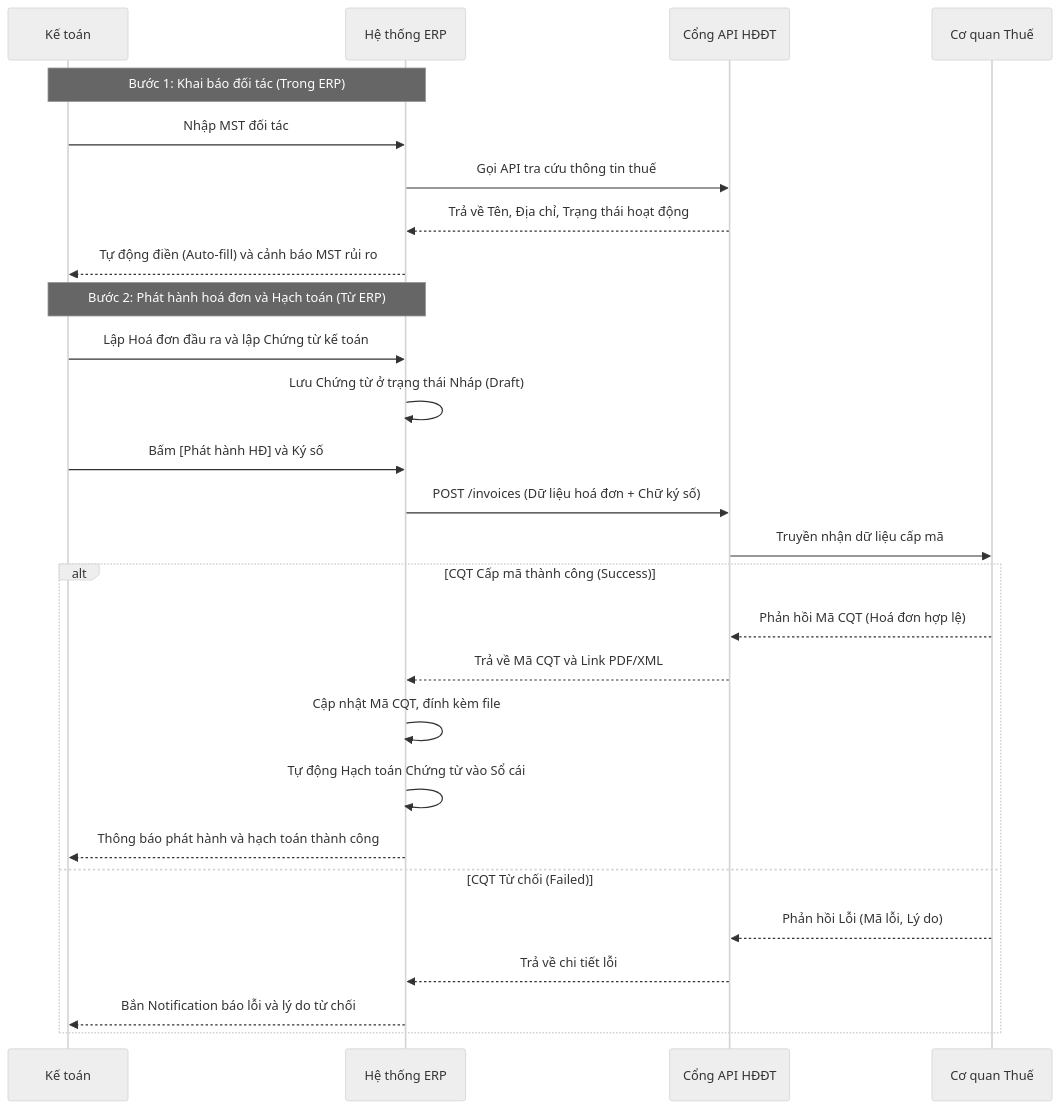
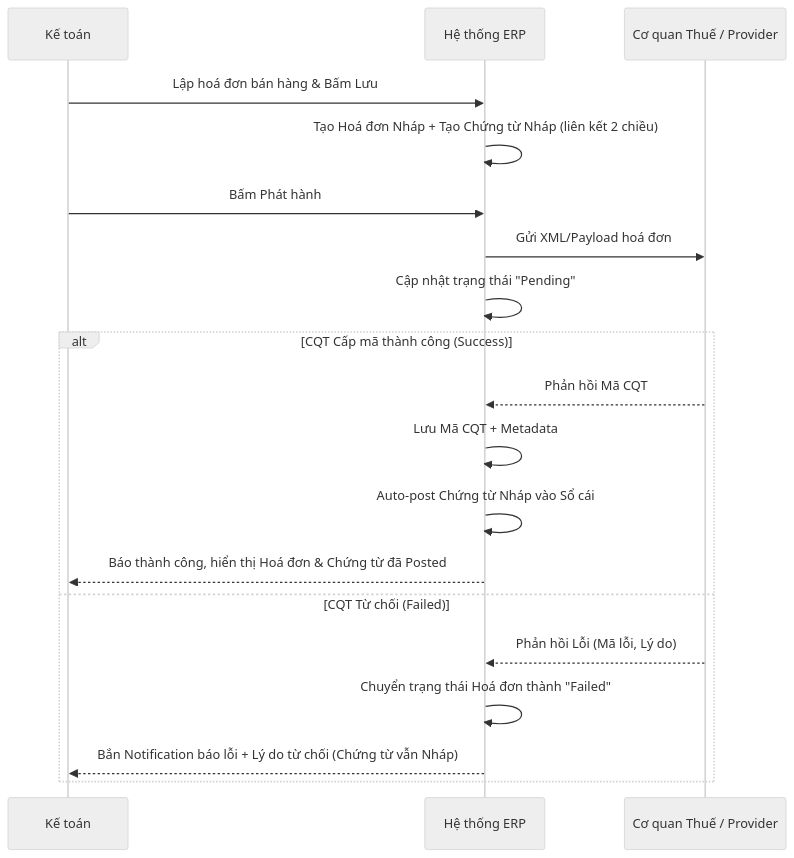
One commit to binhminhsai/antiagent changed the diagram in cassoagent/x-doo+/FRS_F1_Xuat_HDDT.md. Above: the diagram before and after it, drawn with Mermaid (neutral theme). The commit also changed other lines of this file and 13 other files, not shown here.

````diff
--- a/cassoagent/x-doo+/FRS_F1_Xuat_HDDT.md
+++ b/cassoagent/x-doo+/FRS_F1_Xuat_HDDT.md
@@ -99,31 +100,24 @@
 ```mermaid
 sequenceDiagram
     participant KT as Kế toán
     participant ERP as Hệ thống ERP
-    participant API as Cổng API HĐĐT
-    participant CQT as Cơ quan Thuế
+    participant CQT as Cơ quan Thuế / Provider
 
-    Note over KT, ERP: Bước 1: Khai báo đối tác (Trong ERP)
-    KT->>ERP: Nhập MST đối tác
-    ERP->>API: Gọi API tra cứu thông tin thuế
-    API-->>ERP: Trả về Tên, Địa chỉ, Trạng thái hoạt động
-    ERP-->>KT: Tự động điền (Auto-fill) và cảnh báo MST rủi ro
-
-    Note over KT, ERP: Bước 2: Phát hành hoá đơn và Hạch toán (Từ ERP)
-    KT->>ERP: Lập Hoá đơn đầu ra và lập Chứng từ kế toán
-    ERP->>ERP: Lưu Chứng từ ở trạng thái Nháp (Draft)
-    KT->>ERP: Bấm [Phát hành HĐ] và Ký số
-    ERP->>API: POST /invoices (Dữ liệu hoá đơn + Chữ ký số)
-    API->>CQT: Truyền nhận dữ liệu cấp mã
+    KT->>ERP: Lập hoá đơn bán hàng & Bấm Lưu
+    ERP->>ERP: Tạo Hoá đơn Nháp + Tạo Chứng từ Nháp (liên kết 2 chiều)
+    
+    KT->>ERP: Bấm Phát hành
+    ERP->>CQT: Gửi XML/Payload hoá đơn
+    ERP->>ERP: Cập nhật trạng thái "Pending"
+    
     alt CQT Cấp mã thành công (Success)
-        CQT-->>API: Phản hồi Mã CQT (Hoá đơn hợp lệ)
-        API-->>ERP: Trả về Mã CQT và Link PDF/XML
-        ERP->>ERP: Cập nhật Mã CQT, đính kèm file
-        ERP->>ERP: Tự động Hạch toán Chứng từ vào Sổ cái
-        ERP-->>KT: Thông báo phát hành và hạch toán thành công
+        CQT-->>ERP: Phản hồi Mã CQT
+        ERP->>ERP: Lưu Mã CQT + Metadata
+        ERP->>ERP: Auto-post Chứng từ Nháp vào Sổ cái
+        ERP-->>KT: Báo thành công, hiển thị Hoá đơn & Chứng từ đã Posted
     else CQT Từ chối (Failed)
-        CQT-->>API: Phản hồi Lỗi (Mã lỗi, Lý do)
-        API-->>ERP: Trả về chi tiết lỗi
-        ERP-->>KT: Bắn Notification báo lỗi và lý do từ chối
+        CQT-->>ERP: Phản hồi Lỗi (Mã lỗi, Lý do)
+        ERP->>ERP: Chuyển trạng thái Hoá đơn thành "Failed"
+        ERP-->>KT: Bắn Notification báo lỗi + Lý do từ chối (Chứng từ vẫn Nháp)
     end
 ```
````
